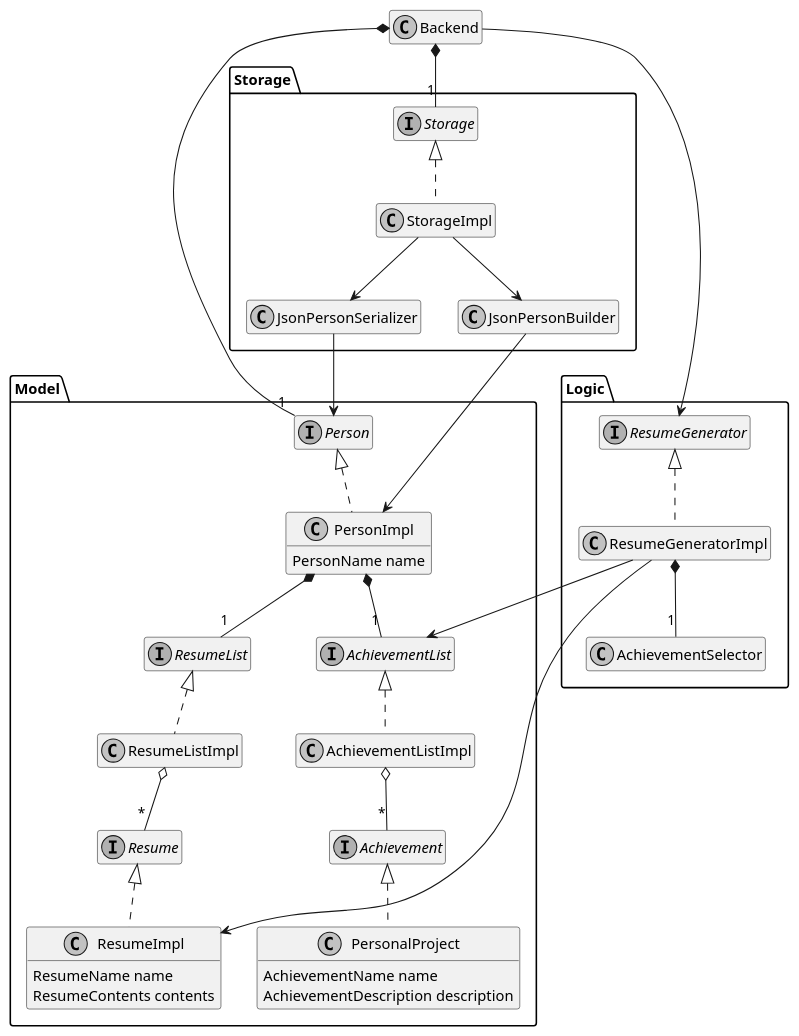
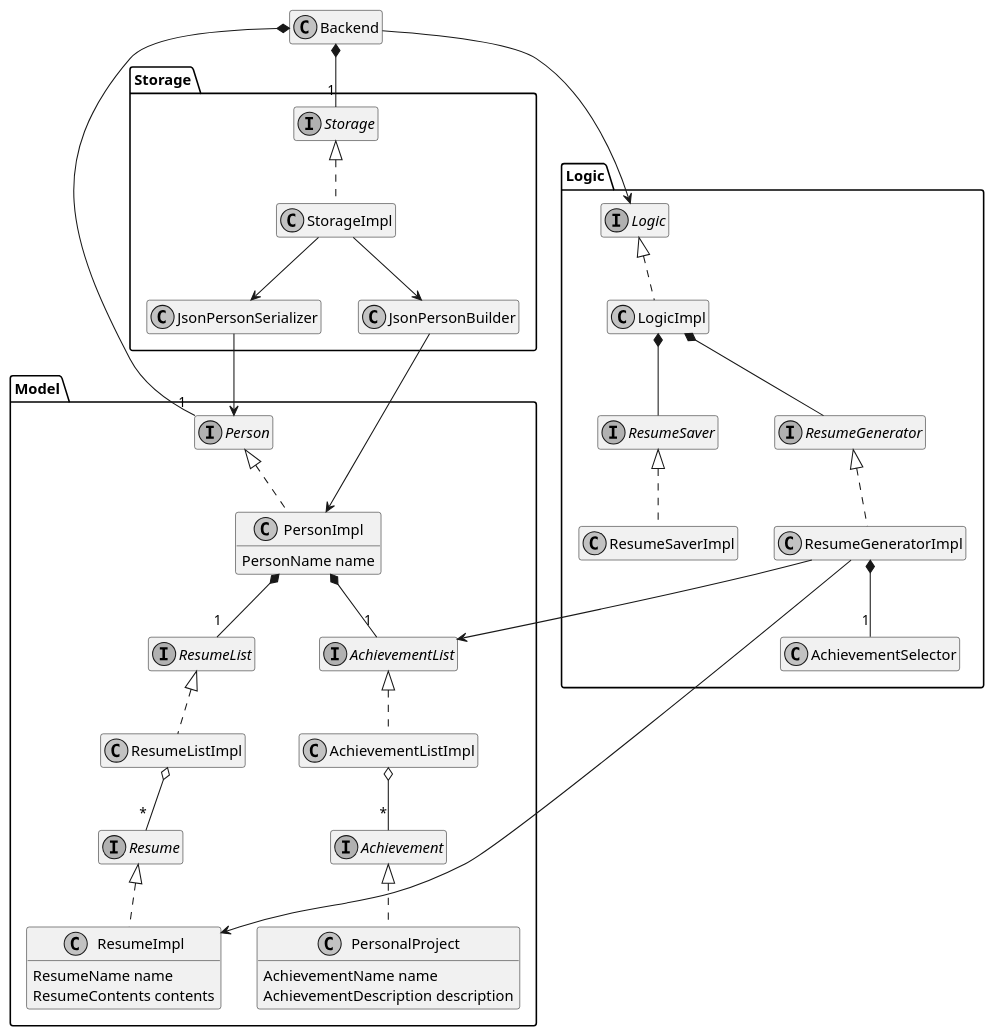
Before and after one commit to marckysan/ResuMe: the diagram in docs/diagrams/BackendClassDiagram.puml, drawn with PlantUML.

Commit message:
Update UML diagram with plans for ResumeSaver

```diff
--- a/docs/diagrams/BackendClassDiagram.puml
+++ b/docs/diagrams/BackendClassDiagram.puml
@@ -1,73 +1,84 @@
 @startuml
 
 skinparam monochrome true
 hide empty members
 
 class Backend
-Backend --> Logic.ResumeGenerator
+Backend --> Logic.Logic
 Backend *-- "1" Model.Person
 Backend *-- "1" Storage.Storage
 
 namespace Storage {
 
 interface Storage
 class StorageImpl
 Storage <|.. StorageImpl
 
 class JsonPersonSerializer
 StorageImpl --> JsonPersonSerializer
 JsonPersonSerializer --> Model.Person
 
 class JsonPersonBuilder
 StorageImpl --> JsonPersonBuilder
 JsonPersonBuilder --> Model.PersonImpl
 
 }
 
 namespace Logic {
+
+interface Logic
+class LogicImpl
+Logic <|.. LogicImpl
+
+interface ResumeSaver
+class ResumeSaverImpl
+ResumeSaver <|.. ResumeSaverImpl
+
+LogicImpl *-- ResumeSaver
+LogicImpl *-- ResumeGenerator
 
 interface ResumeGenerator
 class ResumeGeneratorImpl
 class AchievementSelector
 
 ResumeGenerator <|.. ResumeGeneratorImpl
 ResumeGeneratorImpl *-- "1" AchievementSelector
 ResumeGeneratorImpl --> Model.ResumeImpl
 ResumeGeneratorImpl --> Model.AchievementList
 }
 
 namespace Model {
 
 interface Person
 class PersonImpl {
     PersonName name
 }
 Person <|.. PersonImpl
 PersonImpl *-- "1" AchievementList
 PersonImpl *-- "1" ResumeList
 
 interface Achievement
 class PersonalProject {
     AchievementName name
     AchievementDescription description
 }
 interface AchievementList
 class AchievementListImpl
 Achievement <|.. PersonalProject
 AchievementList <|.. AchievementListImpl
 AchievementListImpl o-- "*" Achievement
 
 interface Resume
 class ResumeImpl {
     ResumeName name
     ResumeContents contents
 }
 interface ResumeList
 class ResumeListImpl
 Resume <|.. ResumeImpl
 ResumeList <|.. ResumeListImpl
 ResumeListImpl o-- "*" Resume
 
 }
 
 @enduml
```
